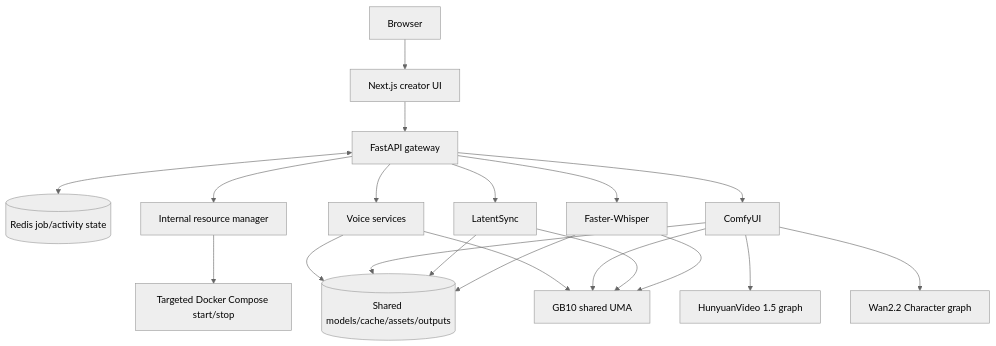
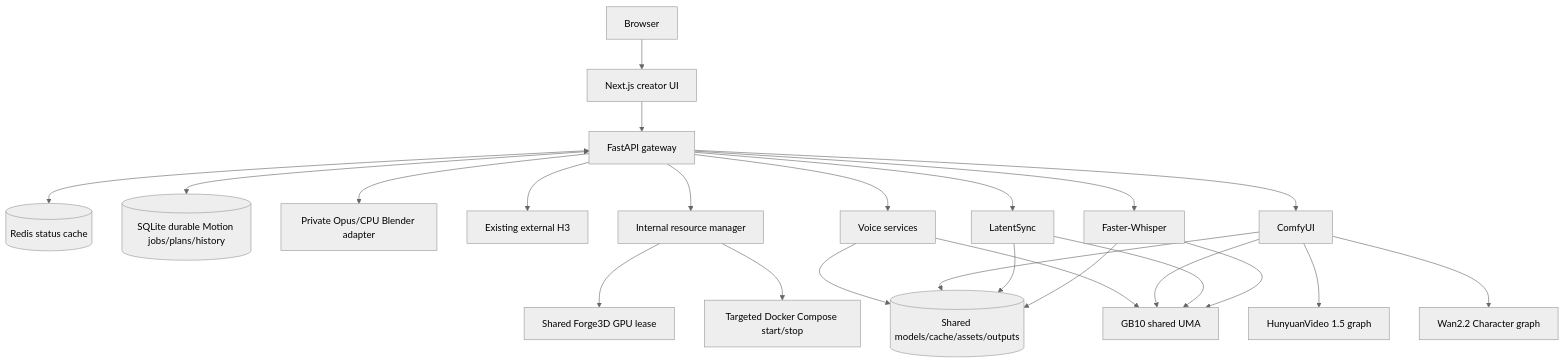
One commit to AlirezaAlampour/neonforge changed the first of 2 diagrams in ARCHITECTURE.md. Above: the diagram before and after it, drawn with Mermaid (neutral theme). The commit also changed other lines of this file and 6 other files, not shown here.

````diff
--- a/ARCHITECTURE.md
+++ b/ARCHITECTURE.md
@@ -5,18 +5,22 @@
 ```mermaid
 flowchart TD
     Browser --> Frontend[Next.js creator UI]
     Frontend --> Gateway[FastAPI gateway]
-    Gateway <--> Redis[(Redis job/activity state)]
+    Gateway <--> Redis[(Redis status cache)]
+    Gateway <--> SQLite[(SQLite durable Motion jobs/plans/history)]
+    Gateway --> Host[Private Opus/CPU Blender adapter]
+    Gateway --> H3[Existing external H3]
+    Supervisor --> Lease[Shared Forge3D GPU lease]
     Gateway --> Supervisor[Internal resource manager]
     Supervisor --> Compose[Targeted Docker Compose start/stop]
 
     Gateway --> Voice[Voice services]
     Gateway --> Comfy[ComfyUI]
     Gateway --> Lip[LatentSync]
     Gateway --> Whisper[Faster-Whisper]
 
     Comfy --> Hunyuan[HunyuanVideo 1.5 graph]
     Comfy --> Character[Wan2.2 Character graph]
     Voice & Comfy & Lip & Whisper --> Storage[(Shared models/cache/assets/outputs)]
     Voice & Comfy & Lip & Whisper --> UMA[GB10 shared UMA]
 ```
````
